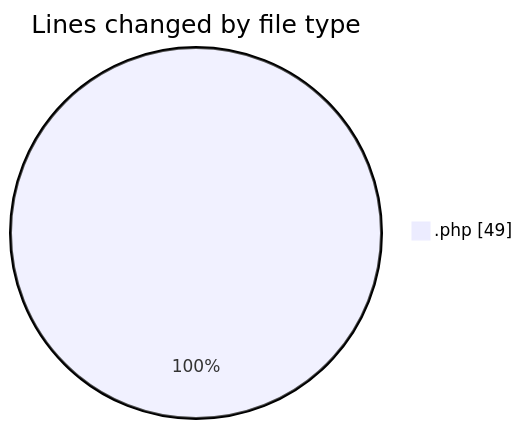
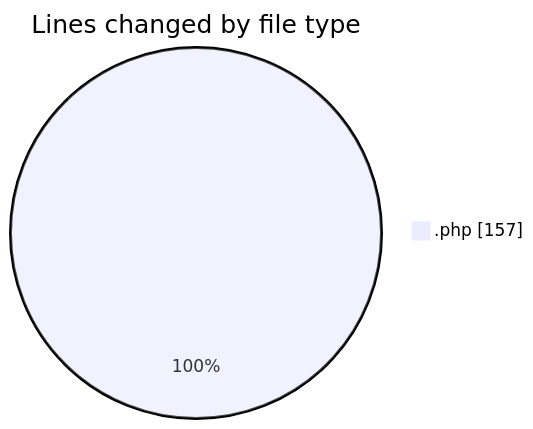
One commit to LanceThiago/code-tracking changed the first of 2 diagrams in 2026-06-24/web/README.md. Above: the diagram before and after it, drawn with Mermaid. The commit also changed other lines of this file and 1 other file, not shown here.

````diff
--- a/2026-06-24/web/README.md
+++ b/2026-06-24/web/README.md
@@ -20,5 +21,5 @@
 ```mermaid
 pie showData
 title Lines changed by file type
-".php" : 49
+".php" : 157
 ```
````
